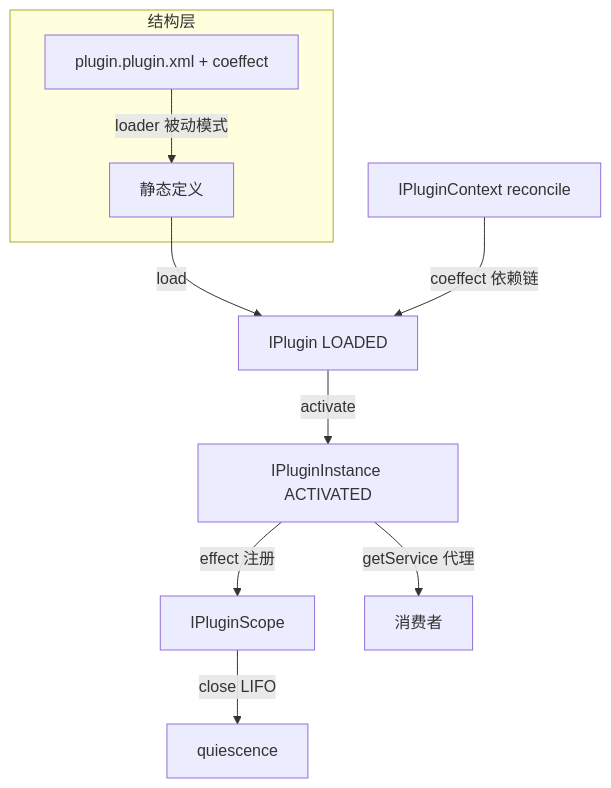
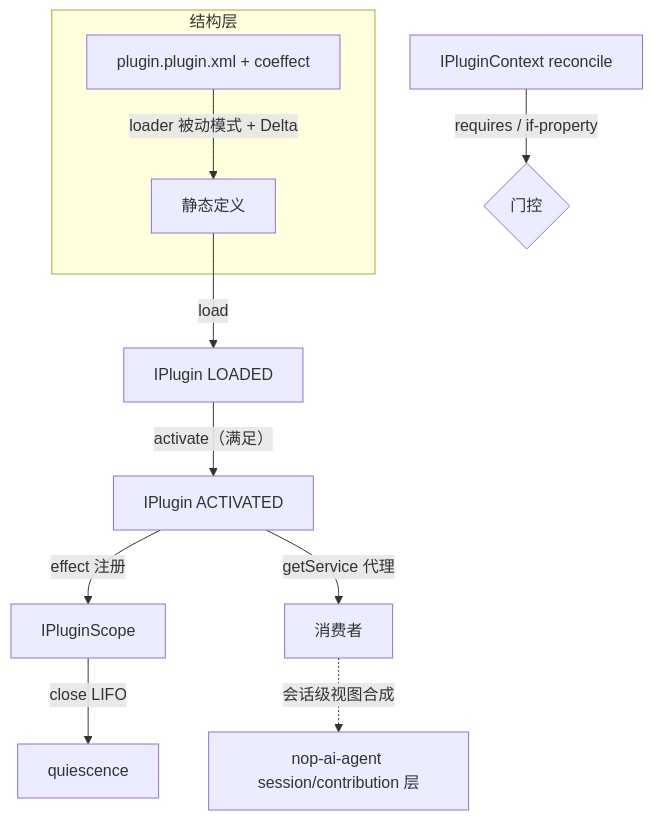
Before and after one commit to entropy-cloud/nop-entropy: the diagram in ai-dev/design/nop-plugin/03-coeffect-and-agent-example.md, drawn with Mermaid. The commit also changed other lines of this file and 20 other files, not shown here.

First line of the commit message:
docs(nop-plugin-enhancement): plan-2026-08-22-2309 R1 落档——设计基线/roadmap/日志/CHANGELOG + R2/R3 计划起草

````diff
--- a/ai-dev/design/nop-plugin/03-coeffect-and-agent-example.md
+++ b/ai-dev/design/nop-plugin/03-coeffect-and-agent-example.md
@@ -194,12 +198,13 @@
 ```mermaid
 flowchart TD
     subgraph 结构层["结构层"]
-        BS[plugin.plugin.xml + coeffect] -->|loader 被动模式| DEF[静态定义]
+        BS[plugin.plugin.xml + coeffect] -->|loader 被动模式 + Delta| DEF[静态定义]
     end
     DEF -->|load| PLUGIN["IPlugin LOADED"]
-    CTX[IPluginContext reconcile] -->|coeffect 依赖链| PLUGIN
-    PLUGIN -->|activate| INST["IPluginInstance ACTIVATED"]
-    INST -->|effect 注册| SCOPE["IPluginScope"]
+    CTX[IPluginContext reconcile] -->|requires / if-property| GATE{门控}
+    PLUGIN -->|activate（满足）| ACT["IPlugin ACTIVATED"]
+    ACT -->|effect 注册| SCOPE["IPluginScope"]
     SCOPE -->|close LIFO| QUIESCE[quiescence]
-    INST -->|getService 代理| USR[消费者]
+    ACT -->|getService 代理| USR[消费者]
+    USR -.->|会话级视图合成| AGENT[nop-ai-agent session/contribution 层]
 ```
````
